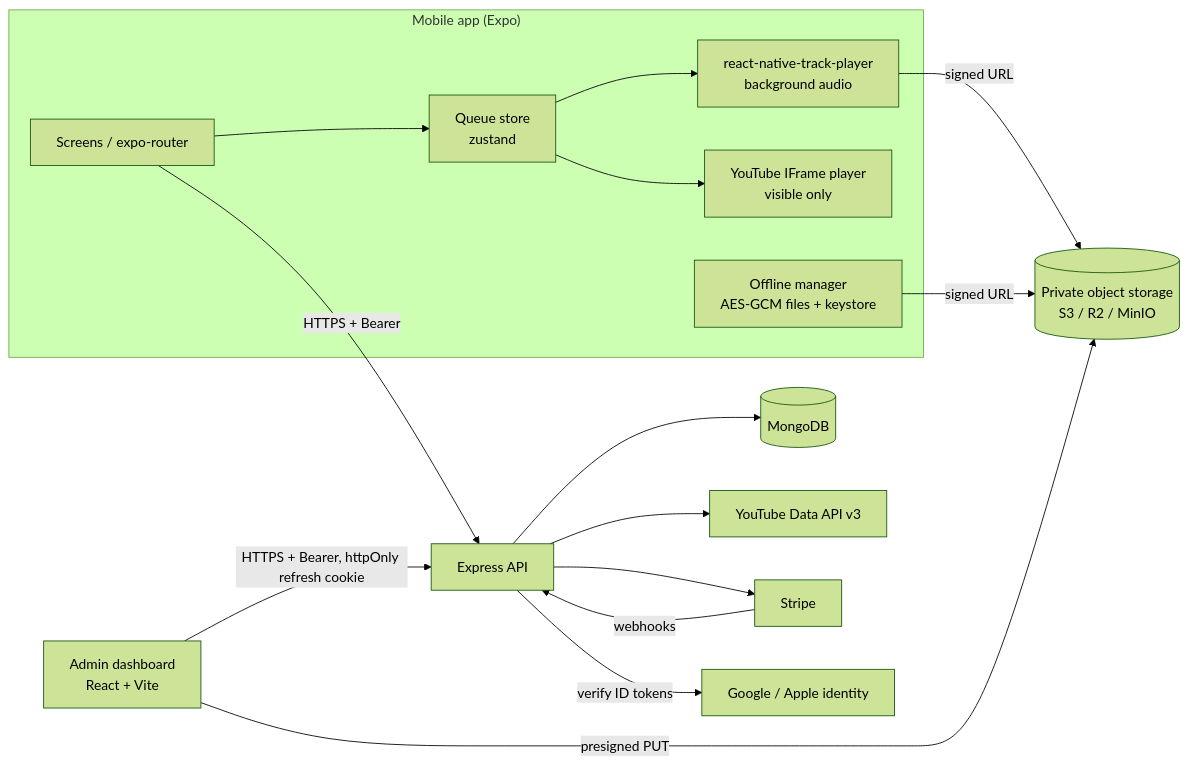
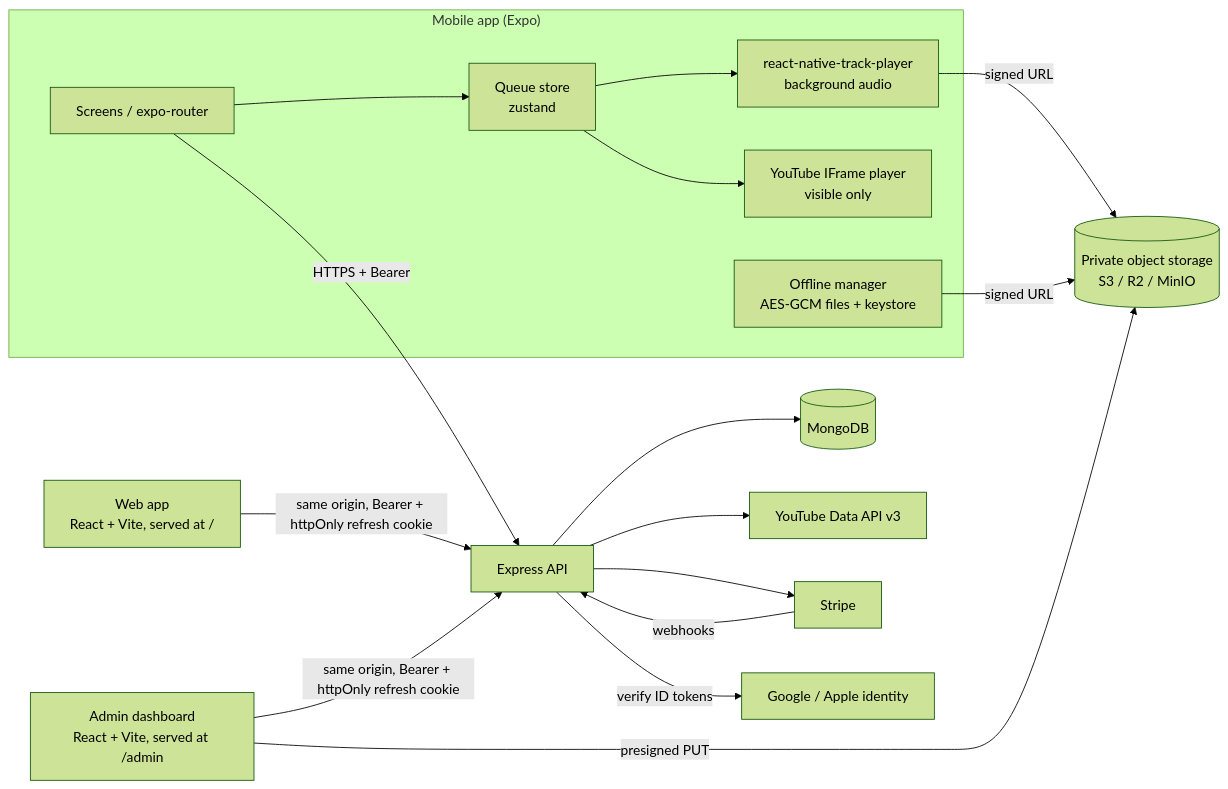
The first of 3 diagrams in docs/ARCHITECTURE.md (Ayenew-Tadesse/mymusic), drawn with Mermaid (forest theme) before and after one commit. The commit also changed other lines of this file and 77 other files, not shown here.

First line of the commit message:
Serve a MyMusic web app, the admin dashboard and the API from one server

````diff
--- a/docs/ARCHITECTURE.md
+++ b/docs/ARCHITECTURE.md
@@ -3,30 +3,32 @@
 ```mermaid
 flowchart LR
   subgraph Device["Mobile app (Expo)"]
     UI[Screens / expo-router]
     Q[Queue store<br/>zustand]
     TP[react-native-track-player<br/>background audio]
     YT[YouTube IFrame player<br/>visible only]
     OFF[Offline manager<br/>AES-GCM files + keystore]
   end
-  Admin[Admin dashboard<br/>React + Vite]
+  Web[Web app<br/>React + Vite, served at /]
+  Admin[Admin dashboard<br/>React + Vite, served at /admin]
   API[Express API]
   DB[(MongoDB)]
   S3[(Private object storage<br/>S3 / R2 / MinIO)]
   YTAPI[YouTube Data API v3]
   Stripe[Stripe]
   Google[Google / Apple identity]
 
   UI --> Q --> TP
   Q --> YT
   TP -- signed URL --> S3
   OFF -- signed URL --> S3
   UI -- HTTPS + Bearer --> API
-  Admin -- HTTPS + Bearer, httpOnly refresh cookie --> API
+  Web -- same origin, Bearer + httpOnly refresh cookie --> API
+  Admin -- same origin, Bearer + httpOnly refresh cookie --> API
   Admin -- presigned PUT --> S3
   API --> DB
   API --> YTAPI
   API --> Stripe
   Stripe -- webhooks --> API
   API -- verify ID tokens --> Google
 ```
````
